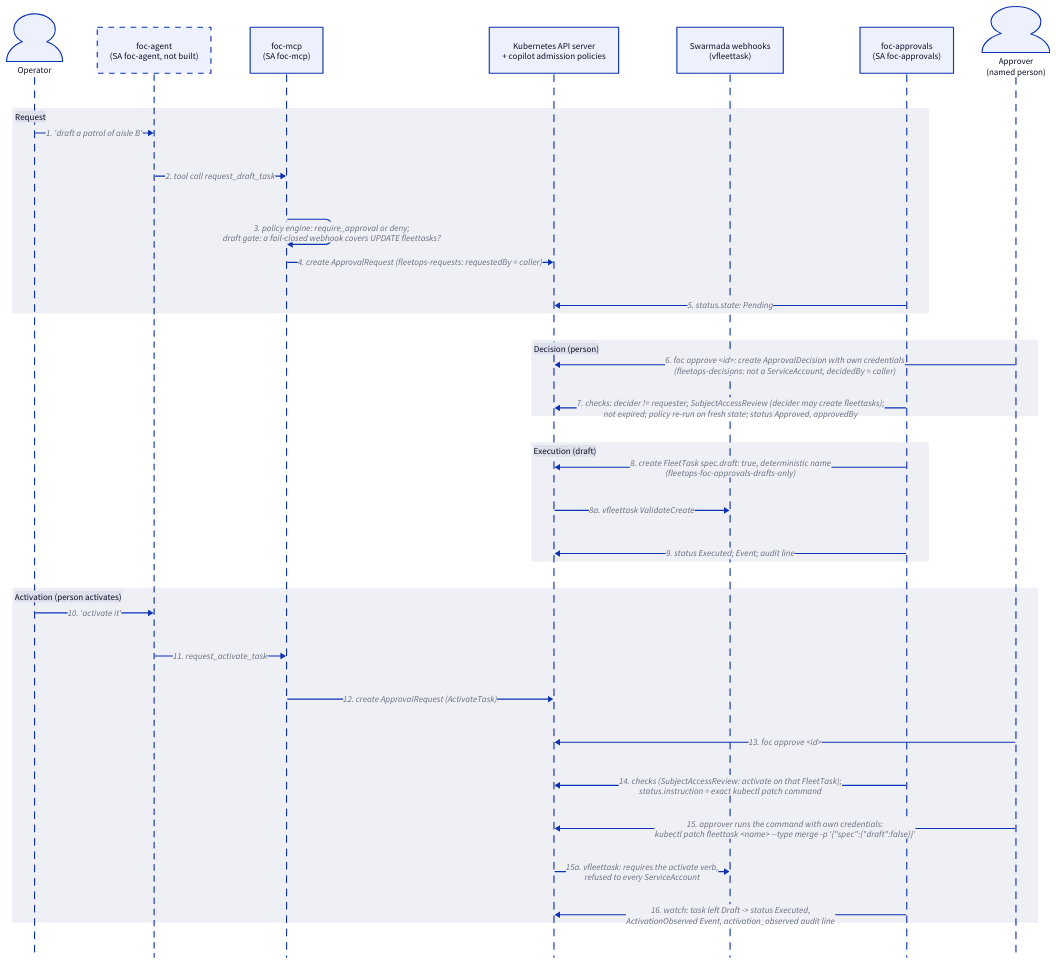
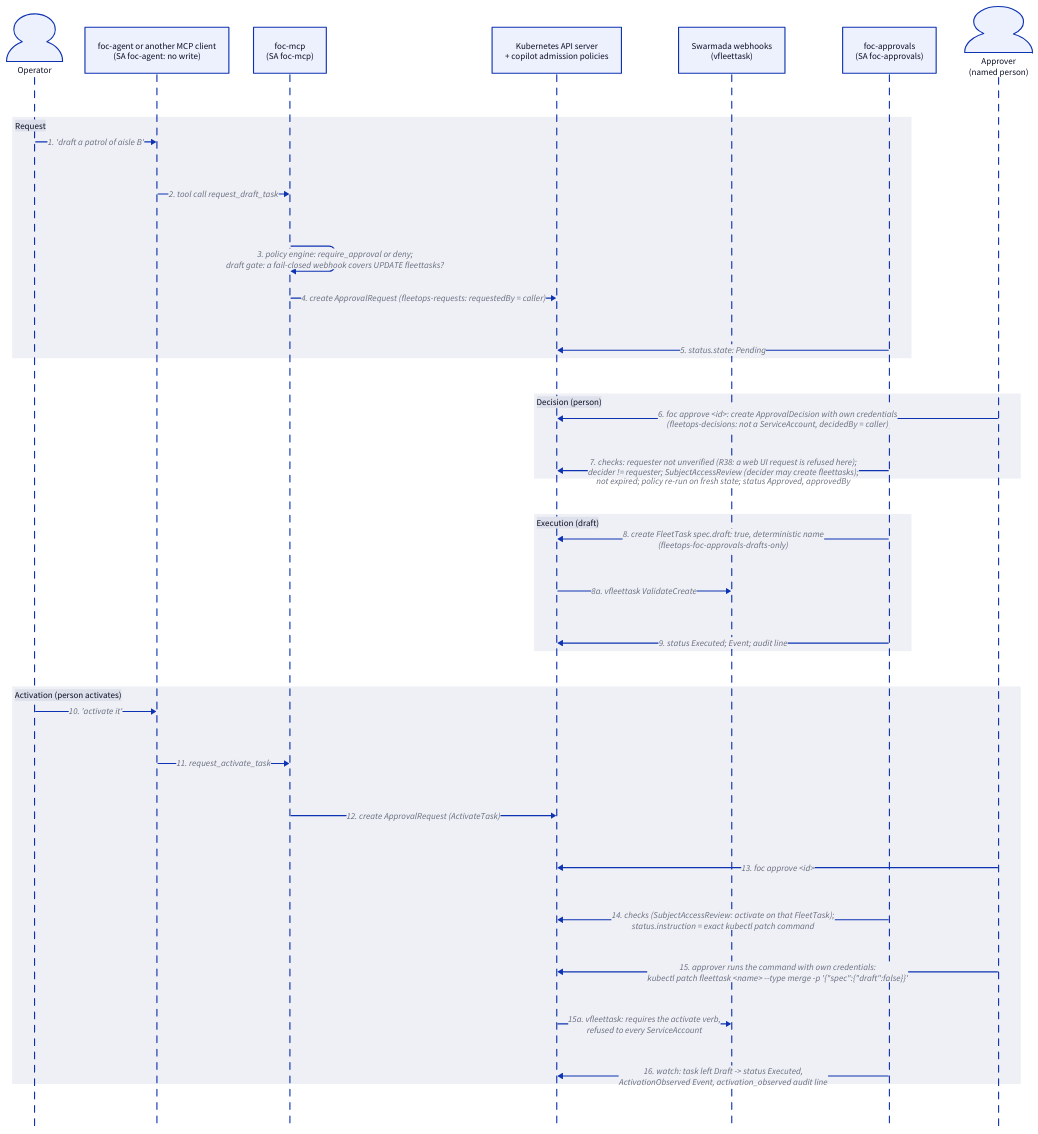
Before and after one commit to AlexBahel/fleet-ops-copilot: the diagram in docs/architecture/approval-flow.d2, drawn with D2. The commit also changed 4 other files, not shown here.

First line of the commit message:
docs/architecture: foc-agent drawn as built; R38 in the approval flow

```diff
--- a/docs/architecture/approval-flow.d2
+++ b/docs/architecture/approval-flow.d2
@@ -1,45 +1,48 @@
 # Fleet Ops Copilot: approval flow for a draft FleetTask and its activation
 # (docs/DESIGN.md §3.3, D25, D28). Source for approval-flow.svg; render with
 # `d2 approval-flow.d2 approval-flow.svg` (see README.md in this directory).
 # Zone maintenance and zone stop follow steps 1-9 with a different write in
-# step 8. foc-agent is not built yet; foc-mcp is called by an MCP client.
+# step 8. A request filed from foc-agent's web UI records the typed name as
+# requestedFor unverified:<name> and is refused at step 7 (R38): it can be
+# rejected, never approved, so steps 8-16 need a requester not marked
+# unverified (another MCP client).
 
 shape: sequence_diagram
 
 operator: Operator {shape: person}
-agent: "foc-agent\n(SA foc-agent, not built)" {style.stroke-dash: 5}
+agent: "foc-agent or another MCP client\n(SA foc-agent: no write)"
 mcp: "foc-mcp\n(SA foc-mcp)"
 api: "Kubernetes API server\n+ copilot admission policies"
 webhooks: "Swarmada webhooks\n(vfleettask)"
 approvals: "foc-approvals\n(SA foc-approvals)"
 approver: "Approver\n(named person)" {shape: person}
 
 request: "Request" {
   operator -> agent: "1. 'draft a patrol of aisle B'"
   agent -> mcp: "2. tool call request_draft_task"
   mcp -> mcp: "3. policy engine: require_approval or deny;\ndraft gate: a fail-closed webhook covers UPDATE fleettasks?"
   mcp -> api: "4. create ApprovalRequest (fleetops-requests: requestedBy = caller)"
   approvals -> api: "5. status.state: Pending"
 }
 
 decide: "Decision (person)" {
   approver -> api: "6. foc approve <id>: create ApprovalDecision with own credentials\n(fleetops-decisions: not a ServiceAccount, decidedBy = caller)"
-  approvals -> api: "7. checks: decider != requester; SubjectAccessReview (decider may create fleettasks);\nnot expired; policy re-run on fresh state; status Approved, approvedBy"
+  approvals -> api: "7. checks: requester not unverified (R38: a web UI request is refused here);\ndecider != requester; SubjectAccessReview (decider may create fleettasks);\nnot expired; policy re-run on fresh state; status Approved, approvedBy"
 }
 
 execute: "Execution (draft)" {
   approvals -> api: "8. create FleetTask spec.draft: true, deterministic name\n(fleetops-foc-approvals-drafts-only)"
   api -> webhooks: "8a. vfleettask ValidateCreate"
   approvals -> api: "9. status Executed; Event; audit line"
 }
 
 activate: "Activation (person activates)" {
   operator -> agent: "10. 'activate it'"
   agent -> mcp: "11. request_activate_task"
   mcp -> api: "12. create ApprovalRequest (ActivateTask)"
   approver -> api: "13. foc approve <id>"
   approvals -> api: "14. checks (SubjectAccessReview: activate on that FleetTask);\nstatus.instruction = exact kubectl patch command"
   approver -> api: "15. approver runs the command with own credentials:\nkubectl patch fleettask <name> --type merge -p '{\"spec\":{\"draft\":false}}'"
   api -> webhooks: "15a. vfleettask: requires the activate verb,\nrefused to every ServiceAccount"
   approvals -> api: "16. watch: task left Draft -> status Executed,\nActivationObserved Event, activation_observed audit line"
 }
```
